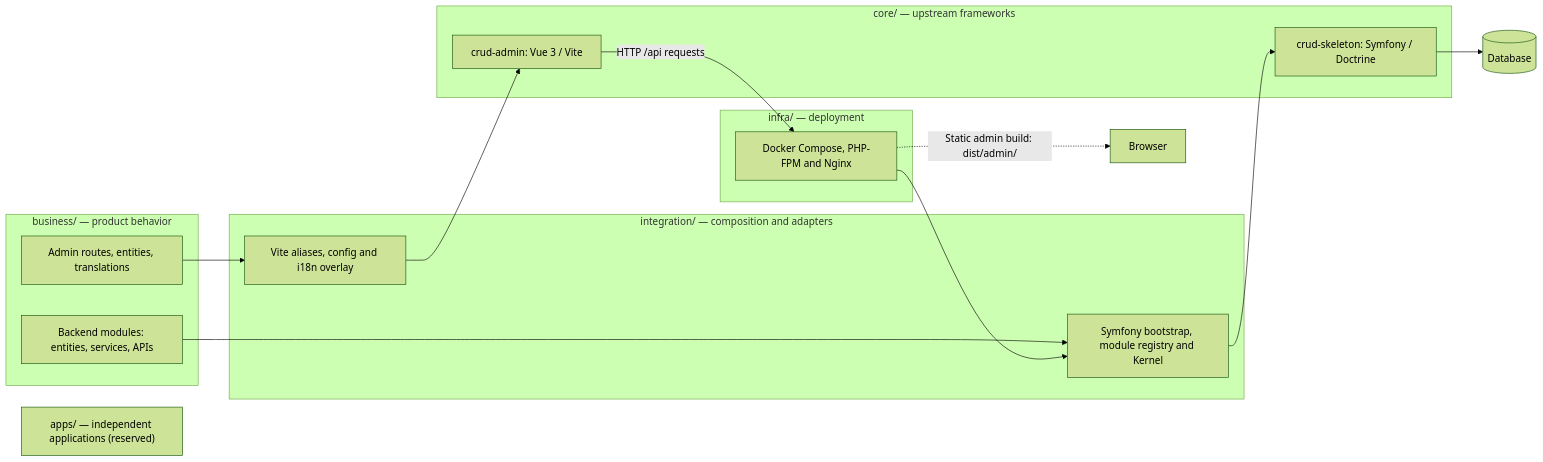
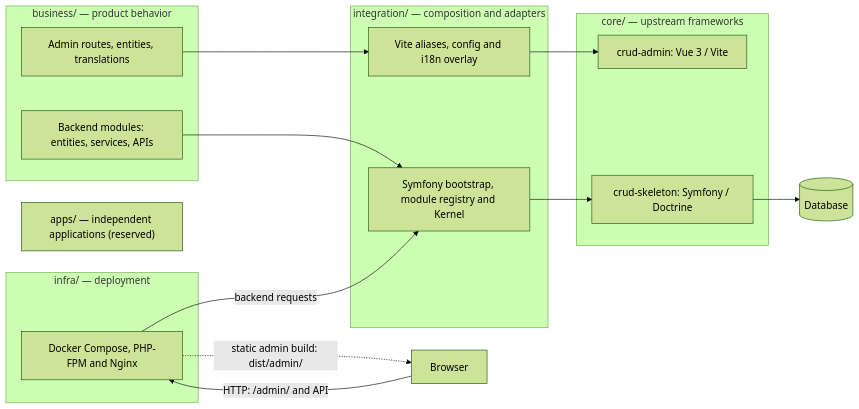
Before and after one commit to dream-studio-china/ns-ultimate: the diagram in README.md, drawn with Mermaid (forest theme). The commit also changed other lines of this file and 1 other file, not shown here.

````diff
--- a/README.md
+++ b/README.md
@@ -41,30 +42,31 @@
 ```mermaid
 flowchart LR
     subgraph business["business/ — product behavior"]
         BA["Admin routes, entities, translations"]
         BB["Backend modules: entities, services, APIs"]
     end
 
     subgraph integration["integration/ — composition and adapters"]
         IA["Vite aliases, config and i18n overlay"]
         IB["Symfony bootstrap, module registry and Kernel"]
     end
 
     subgraph core["core/ — upstream frameworks"]
         CA["crud-admin: Vue 3 / Vite"]
         CB["crud-skeleton: Symfony / Doctrine"]
     end
 
     subgraph infra["infra/ — deployment"]
         ID["Docker Compose, PHP-FPM and Nginx"]
     end
 
     Apps["apps/ — independent applications (reserved)"]
+    Browser["Browser"]
 
     BA --> IA --> CA
     BB --> IB --> CB
-    CA -->|"HTTP /api requests"| ID
-    ID --> IB
-    ID -.->|Static admin build: dist/admin/| Browser["Browser"]
+    Browser -->|"HTTP: /admin/ and API"| ID
+    ID -.->|"static admin build: dist/admin/"| Browser
+    ID -->|"backend requests"| IB
     CB --> DB[("Database")]
 ```
````
